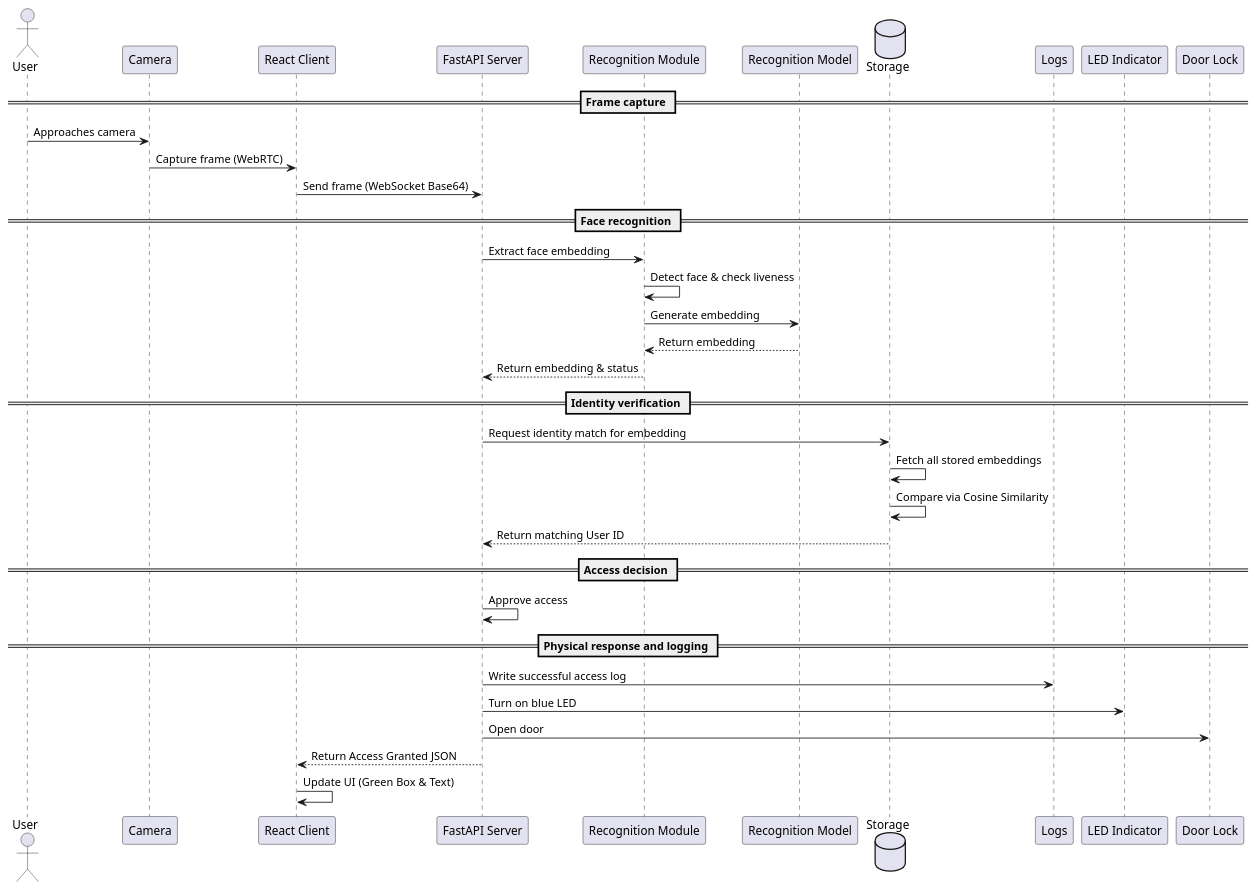
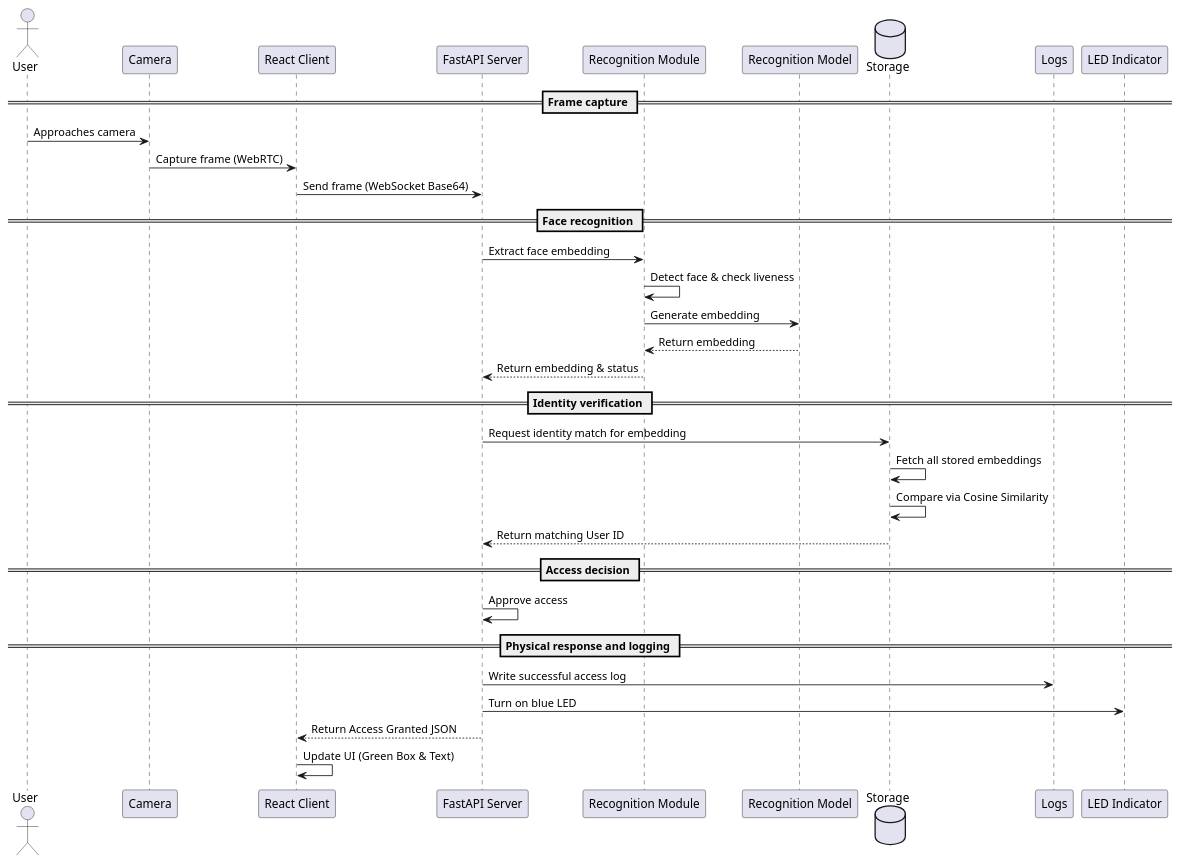
The diagram in docs/architecture/dynamic-view/sequence-diagram.puml (Innopolis-Robotics-Society/FaceGuardV3), drawn with PlantUML before and after one commit. The commit also changed 7 other files, not shown here.

Commit message:
docs: remove obsolete door control mentions across architecture and reports, and fix backend formatting

```diff
--- a/docs/architecture/dynamic-view/sequence-diagram.puml
+++ b/docs/architecture/dynamic-view/sequence-diagram.puml
@@ -1,42 +1,40 @@
 @startuml dynamic-view
 
 actor User
 participant Camera
 participant "React Client" as Client
 participant "FastAPI Server" as Server
 participant "Recognition Module" as Recognition
 participant "Recognition Model" as Model
 database Storage
 participant Logs
 participant "LED Indicator" as LED
-participant "Door Lock" as Door
 
 == Frame capture ==
 User -> Camera: Approaches camera
 Camera -> Client: Capture frame (WebRTC)
 Client -> Server: Send frame (WebSocket Base64)
 
 == Face recognition ==
 Server -> Recognition: Extract face embedding
 Recognition -> Recognition: Detect face & check liveness
 Recognition -> Model: Generate embedding
 Model --> Recognition: Return embedding
 Recognition --> Server: Return embedding & status
 
 == Identity verification ==
 Server -> Storage: Request identity match for embedding
 Storage -> Storage: Fetch all stored embeddings
 Storage -> Storage: Compare via Cosine Similarity
 Storage --> Server: Return matching User ID
 
 == Access decision ==
 Server -> Server: Approve access
 
 == Physical response and logging ==
 Server -> Logs: Write successful access log
 Server -> LED: Turn on blue LED
-Server -> Door: Open door
 Server --> Client: Return Access Granted JSON
 Client -> Client: Update UI (Green Box & Text)
 
 @enduml
```
